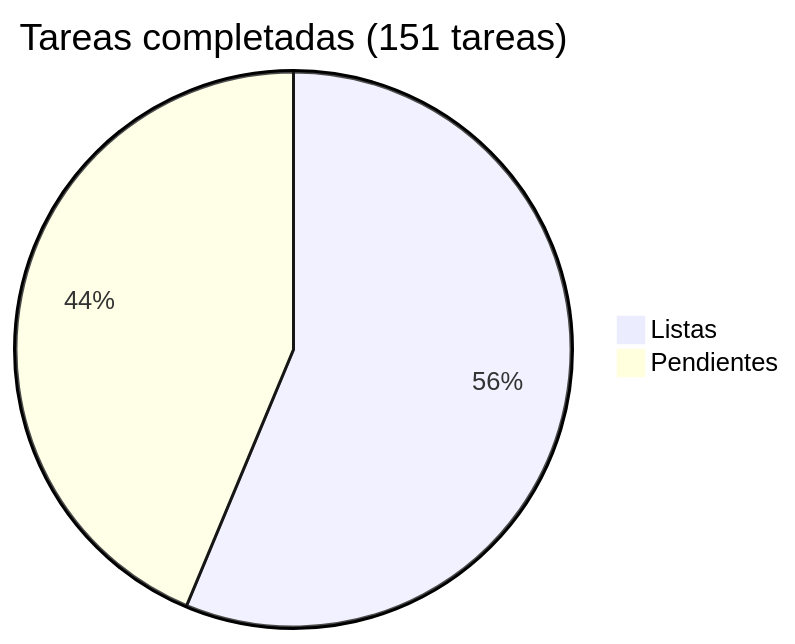
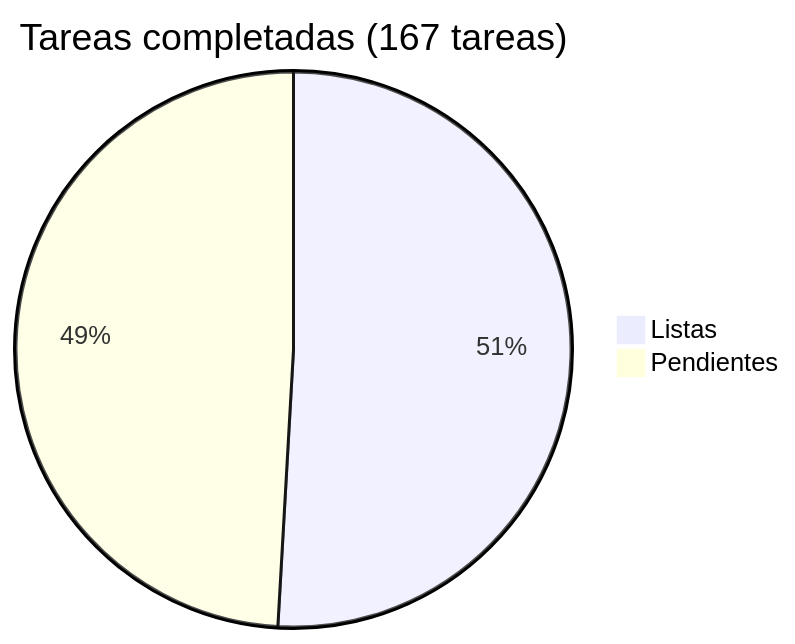
Before and after one commit to araguaney-lat/araguaney: the diagram in docs/roadmap/README.md, drawn with Mermaid. The commit also changed other lines of this file and 2 other files, not shown here.

````diff
--- a/docs/roadmap/README.md
+++ b/docs/roadmap/README.md
@@ -5,5 +5,5 @@
 ```mermaid
-pie title Tareas completadas (151 tareas)
+pie title Tareas completadas (167 tareas)
     "Listas" : 85
-    "Pendientes" : 66
+    "Pendientes" : 82
 ```
````
